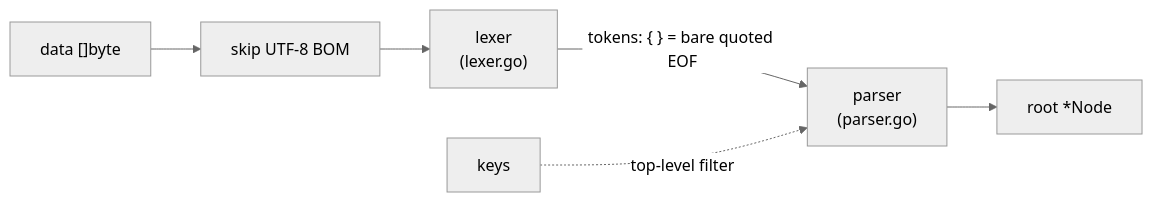
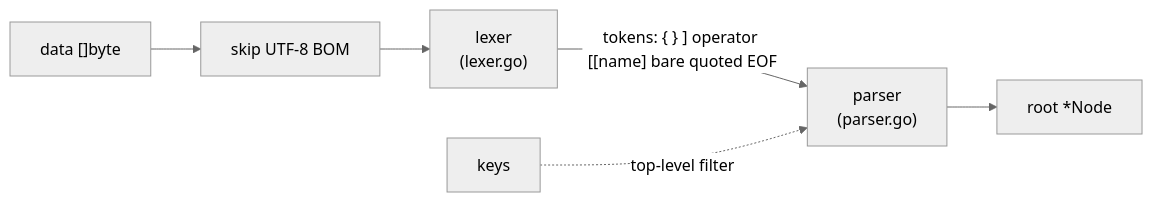
Before and after one commit to doranych/clausewitz-parser: the first of 2 diagrams in parser.md, drawn with Mermaid (neutral theme). The commit also changed other lines of this file and 9 other files, not shown here.

````diff
--- a/parser.md
+++ b/parser.md
@@ -7,8 +7,8 @@
 ```mermaid
 flowchart LR
     data["data []byte"] --> bom["skip UTF-8 BOM"]
     bom --> lexer["lexer<br/>(lexer.go)"]
-    lexer -- "tokens: { } = bare quoted EOF" --> parser["parser<br/>(parser.go)"]
+    lexer -- "tokens: { } ] operator [[name] bare quoted EOF" --> parser["parser<br/>(parser.go)"]
     parser --> tree["root *Node"]
     keys["keys"] -. "top-level filter" .-> parser
 ```
````
